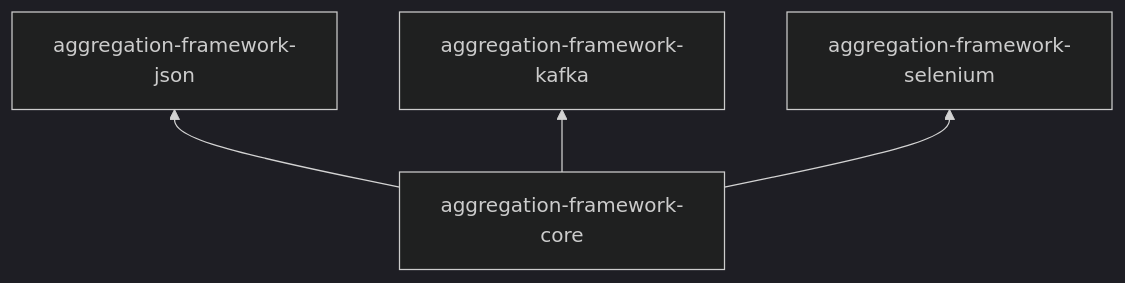
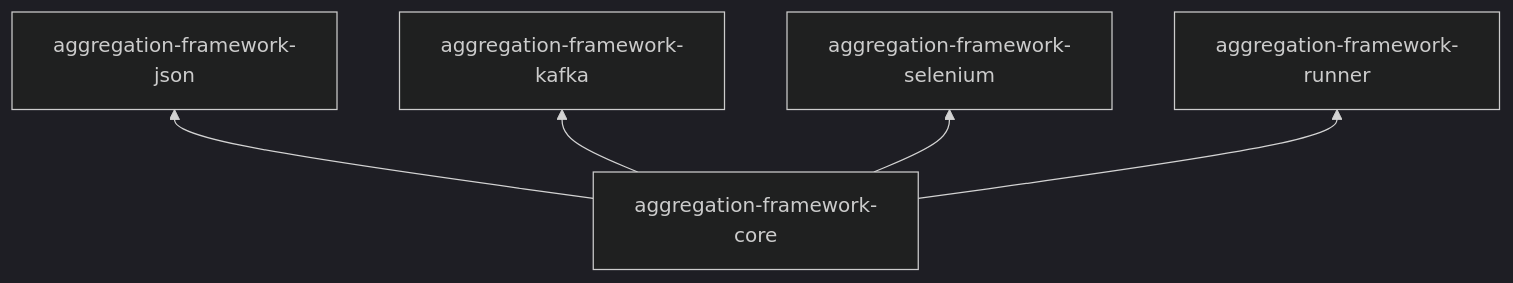
One commit to cptlobster/aggregation-framework changed the second of 2 diagrams in README.md. Above: the diagram before and after it, drawn with Mermaid (dark theme). The commit also changed 8 other files, not shown here.

````diff
--- a/README.md
+++ b/README.md
@@ -65,8 +65,9 @@
 ```mermaid
 graph BT
     CORE[aggregation-framework-core]
     JSON[aggregation-framework-json]
     KAFKA[aggregation-framework-kafka]
     SEL[aggregation-framework-selenium]
-    CORE --> JSON & KAFKA & SEL
+    RUNNER[aggregation-framework-runner]
+    CORE --> JSON & KAFKA & SEL & RUNNER
 ```
````
